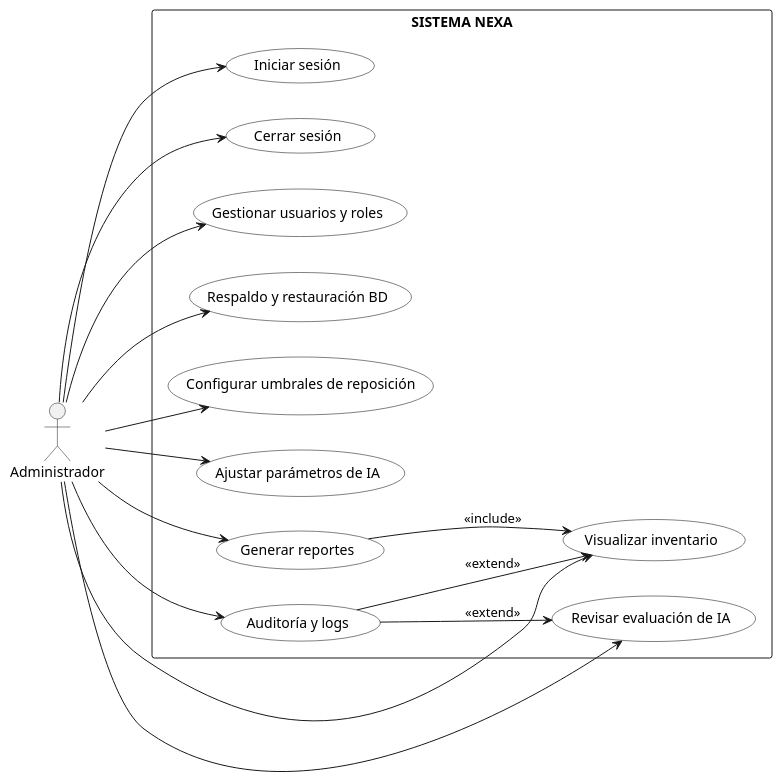
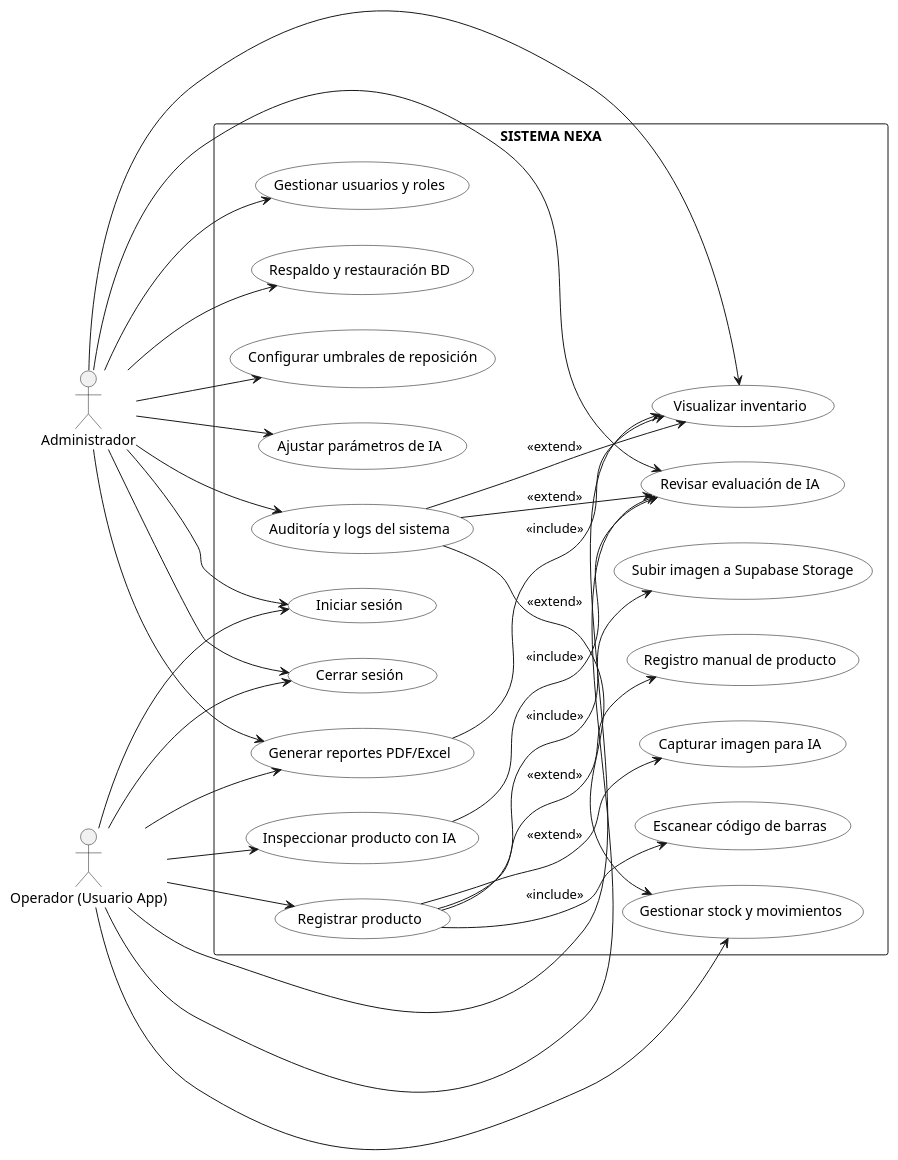
The diagram in inventario-app/docs/diagramas/Diagrama_casos_uso.puml (Tihare-Campusano/NEXA), drawn with PlantUML before and after one commit. The commit also changed 1 other file, not shown here.

```diff
--- a/inventario-app/docs/diagramas/Diagrama_casos_uso.puml
+++ b/inventario-app/docs/diagramas/Diagrama_casos_uso.puml
@@ -1,44 +1,110 @@
 @startuml
 left to right direction
 skinparam packageStyle rectangle
 skinparam usecase {
-    BackgroundColor White
-    BorderColor Black
+  BackgroundColor White
+  BorderColor Black
 }
+
+'========================
+' ACTORES
+'========================
 actor "Administrador" as Admin
+actor "Operador (Usuario App)" as User
 
 rectangle "SISTEMA NEXA" {
 
-    (Iniciar sesión) as U1
-    (Cerrar sesión) as U2
+  '========================
+  ' AUTENTICACIÓN
+  '========================
+  (Iniciar sesión) as U1
+  (Cerrar sesión) as U2
 
-    (Gestionar usuarios y roles) as U3
-    (Respaldo y restauración BD) as U4
-    (Configurar umbrales de reposición) as U5
-    (Ajustar parámetros de IA) as U6
+  '========================
+  ' MÓDULO ADMINISTRACIÓN
+  '========================
+  (Gestionar usuarios y roles) as A1
+  (Respaldo y restauración BD) as A2
+  (Configurar umbrales de reposición) as A3
+  (Ajustar parámetros de IA) as A4
 
-    (Visualizar inventario) as U7
+  '========================
+  ' MÓDULO INVENTARIO
+  '========================
+  (Visualizar inventario) as I1
+  (Gestionar stock y movimientos) as I2
 
-    (Generar reportes) as U8
-    (Revisar evaluación de IA) as U9
-    (Auditoría y logs) as U10
+  '========================
+  ' REGISTRO DE PRODUCTO
+  '========================
+  (Registrar producto) as R1
+  (Escanear código de barras) as R2
+  (Capturar imagen para IA) as R3
+  (Registro manual de producto) as R4
+  (Subir imagen a Supabase Storage) as R5
+
+  '========================
+  ' IA
+  '========================
+  (Inspeccionar producto con IA) as IA1
+  (Revisar evaluación de IA) as IA2
+
+  '========================
+  ' REPORTES
+  '========================
+  (Generar reportes PDF/Excel) as REP1
+
+  '========================
+  ' AUDITORÍA
+  '========================
+  (Auditoría y logs del sistema) as AUD1
 }
 
-' Relaciones del actor
+'========================
+' Relaciones del Administrador
+'========================
 Admin --> U1
 Admin --> U2
-Admin --> U3
-Admin --> U4
-Admin --> U5
-Admin --> U6
-Admin --> U8
-Admin --> U10
-Admin --> U7
-Admin --> U9
+Admin --> A1
+Admin --> A2
+Admin --> A3
+Admin --> A4
+Admin --> REP1
+Admin --> AUD1
+Admin --> I1
+Admin --> IA2
 
-' Relaciones internas
-U8 --> U7 : <<include>>
-U10 --> U7 : <<extend>>
-U10 --> U9 : <<extend>>
+'========================
+' Relaciones del Operador
+'========================
+User --> U1
+User --> U2
+User --> R1
+User --> I1
+User --> I2
+User --> IA1
+User --> IA2
+User --> REP1
+
+'========================
+' RELACIONES INTERNAS
+'========================
+
+' Registro producto
+R1 --> R2 : <<include>>
+R1 --> R3 : <<extend>>
+R1 --> R4 : <<extend>>
+R1 --> R5 : <<include>>
+
+' IA
+IA1 --> IA2 : <<include>>
+
+' Reportes
+REP1 --> I1 : <<include>>
+
+' Auditoría
+AUD1 --> I1 : <<extend>>
+AUD1 --> IA2 : <<extend>>
+AUD1 --> I2 : <<extend>>
 
 @enduml
```
